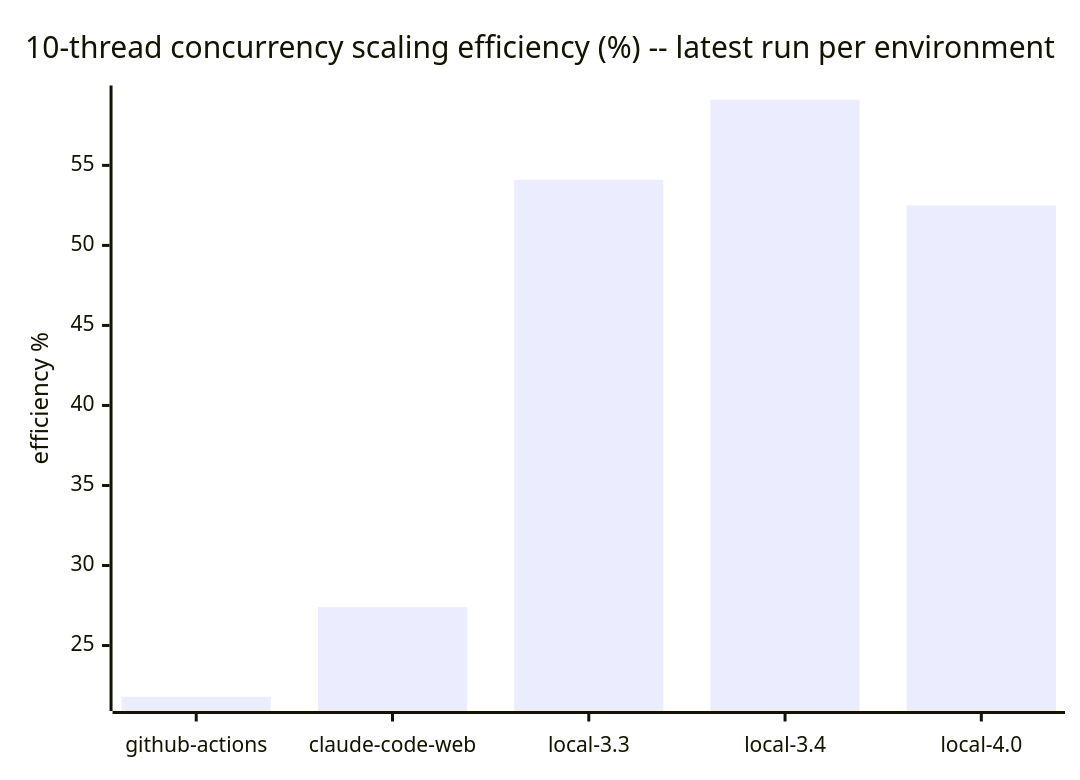
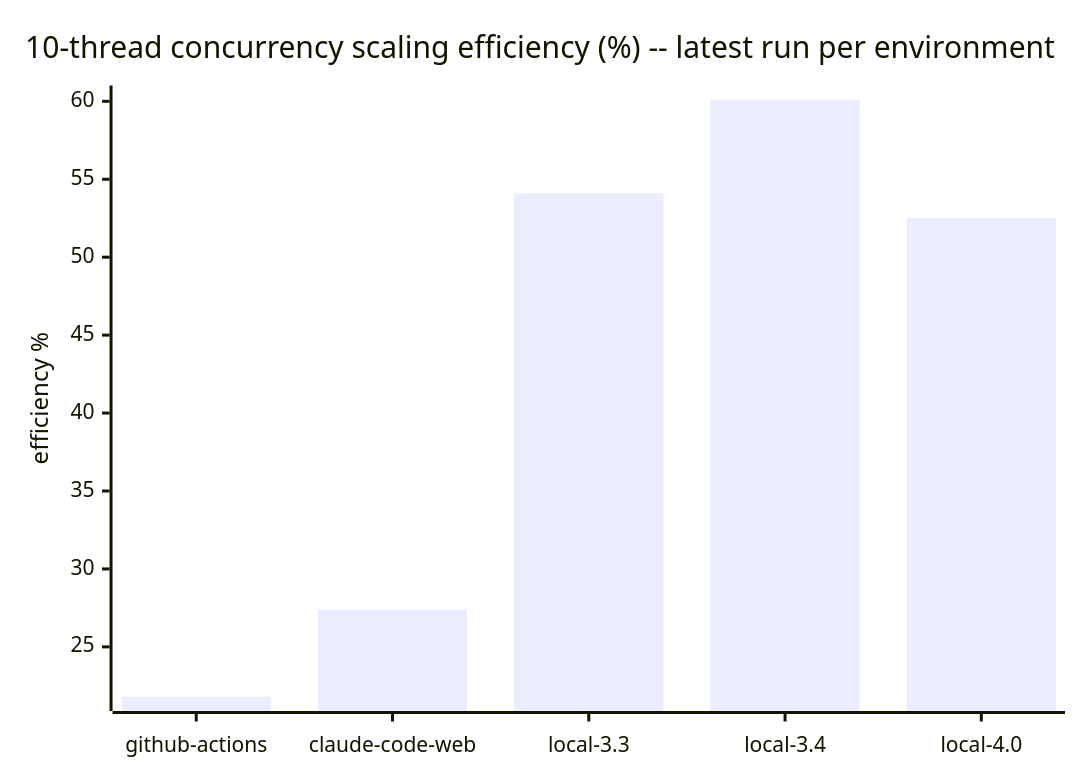
One commit to cpb/duckling changed the seventh of 7 diagrams in docs/benchmarks/README.md. Above: the diagram before and after it, drawn with Mermaid. The commit also changed other lines of this file and 1 other file, not shown here.

````diff
--- a/docs/benchmarks/README.md
+++ b/docs/benchmarks/README.md
@@ -223,7 +223,7 @@
 ```mermaid
 xychart-beta
     title "10-thread concurrency scaling efficiency (%) -- latest run per environment"
     x-axis [github-actions, claude-code-web, local-3.3, local-3.4, local-4.0]
     y-axis "efficiency %"
-    bar "efficiency_pct" [21.8, 27.4, 54.1, 59.1, 52.5]
+    bar "efficiency_pct" [21.8, 27.4, 54.1, 60.1, 52.5]
 ```
````
